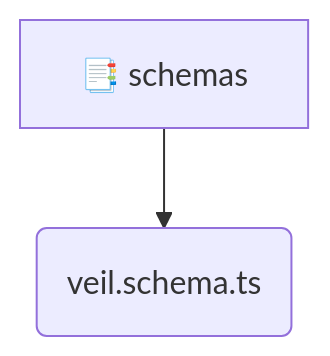
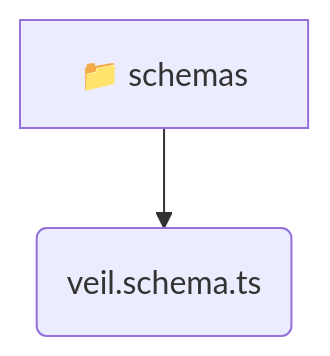
One commit to beginwebdev2002/fullstack-mavluda changed the diagram in backend/src/modules/veil/infrastructure/schemas/README.md. Above: the diagram before and after it, drawn with Mermaid. The commit also changed other lines of this file and 155 other files, not shown here.

````diff
--- a/backend/src/modules/veil/infrastructure/schemas/README.md
+++ b/backend/src/modules/veil/infrastructure/schemas/README.md
@@ -9,5 +9,5 @@
 ```mermaid
 graph TD
-  schemas[📑 schemas]
-  schemas --> veil_schema_ts(veil.schema.ts)
+  schemas[📁 schemas]
+  schemas --> schemas_veil_schema_ts(veil.schema.ts)
 ```
````
